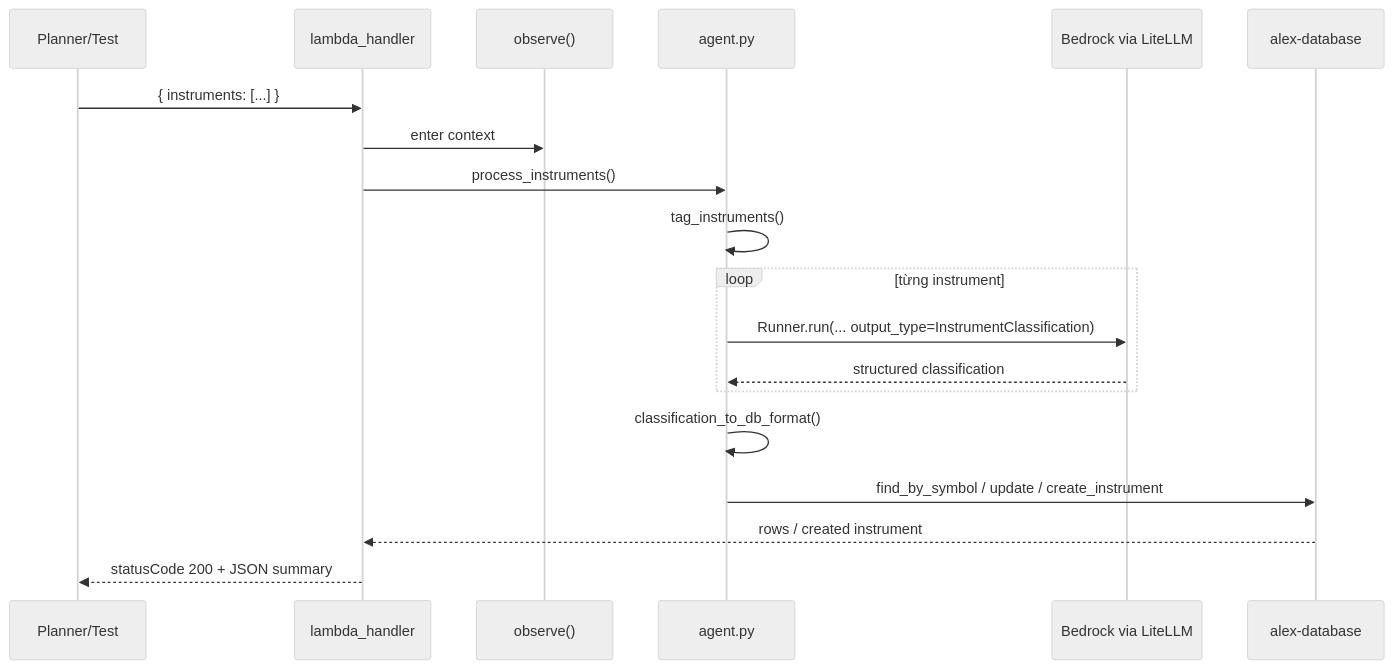
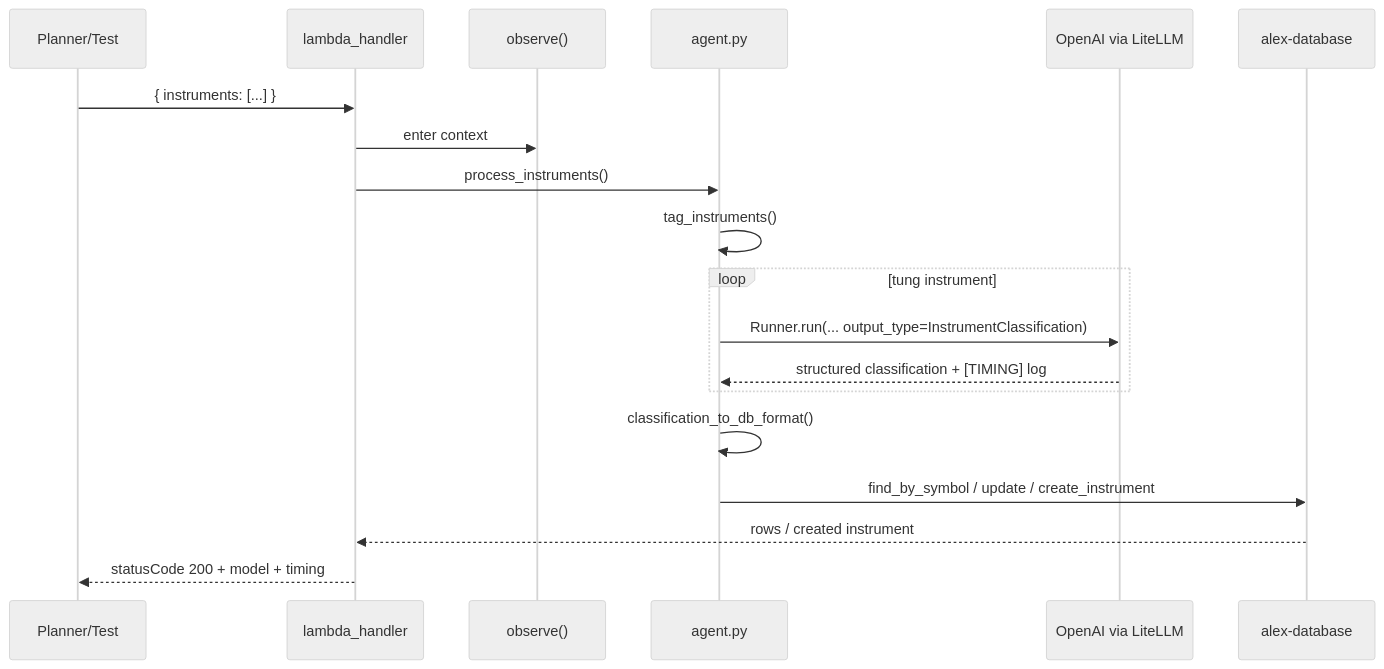
The second of 3 diagrams in backend/tagger/README.md (Sunny-sunnyy/alex), drawn with Mermaid (neutral theme) before and after one commit. The commit also changed other lines of this file and 43 other files, not shown here.

````diff
--- a/backend/tagger/README.md
+++ b/backend/tagger/README.md
@@ -79,22 +66,22 @@
 ```mermaid
 sequenceDiagram
     participant Caller as Planner/Test
     participant Lambda as lambda_handler
     participant Obs as observe()
     participant AgentFile as agent.py
-    participant Bedrock as Bedrock via LiteLLM
+    participant OpenAI as OpenAI via LiteLLM
     participant DB as alex-database
 
     Caller->>Lambda: { instruments: [...] }
     Lambda->>Obs: enter context
     Lambda->>AgentFile: process_instruments()
     AgentFile->>AgentFile: tag_instruments()
-    loop từng instrument
-        AgentFile->>Bedrock: Runner.run(... output_type=InstrumentClassification)
-        Bedrock-->>AgentFile: structured classification
+    loop tung instrument
+        AgentFile->>OpenAI: Runner.run(... output_type=InstrumentClassification)
+        OpenAI-->>AgentFile: structured classification + [TIMING] log
     end
     AgentFile->>AgentFile: classification_to_db_format()
     AgentFile->>DB: find_by_symbol / update / create_instrument
     DB-->>Lambda: rows / created instrument
-    Lambda-->>Caller: statusCode 200 + JSON summary
+    Lambda-->>Caller: statusCode 200 + model + timing
 ```
````
